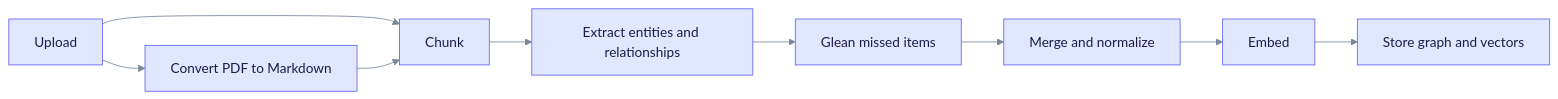
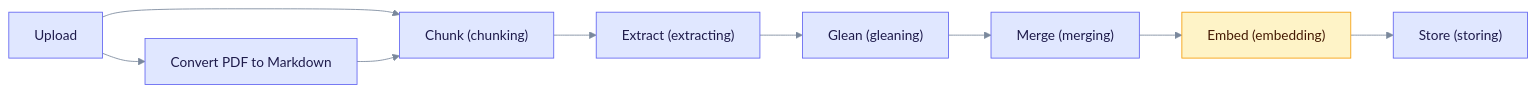
The first of 2 diagrams in docs/tutorials/document-ingestion.md (raphaelmansuy/edgequake), drawn with Mermaid before and after one commit. The commit also changed other lines of this file and 194 other files, not shown here.

First line of the commit message:
Refresh docs against code and rebuild schema E/R as progressive steps

````diff
--- a/docs/tutorials/document-ingestion.md
+++ b/docs/tutorials/document-ingestion.md
@@ -14,13 +16,16 @@
 ```mermaid
 %%{init: {"theme":"base","themeVariables":{"primaryColor":"#E0E7FF","primaryBorderColor":"#6366F1","primaryTextColor":"#1E1B4B","secondaryColor":"#D1FAE5","secondaryBorderColor":"#10B981","secondaryTextColor":"#064E3B","tertiaryColor":"#FEF3C7","tertiaryBorderColor":"#F59E0B","tertiaryTextColor":"#6B7A90","lineColor":"#7A889C","clusterBkg":"rgba(99,102,241,0.07)","clusterBorder":"#A5B4FC","noteBkgColor":"#FEF9C3","noteTextColor":"#422006","textColor":"#6B7A90","titleColor":"#6B7A90","signalColor":"#7A889C","signalTextColor":"#6B7A90","loopTextColor":"#6B7A90","edgeLabelBackground":"#F1F5F9","actorLineColor":"#94A3B8"}}}%%
 %% eq-theme:v1
 flowchart LR
   A["Upload"] --> B["Convert PDF to Markdown"]
-  A --> C["Chunk"]
+  A --> C["Chunk (chunking)"]
   B --> C
-  C --> D["Extract entities and relationships"]
-  D --> E["Glean missed items"]
-  E --> F["Merge and normalize"]
-  F --> G["Embed"]
-  G --> H["Store graph and vectors"]
+  C --> D["Extract (extracting)"]
+  D --> E["Glean (gleaning)"]
+  E --> F["Merge (merging)"]
+  F --> G["Embed (embedding)"]
+  G --> H["Store (storing)"]
+%% eq-classes
+classDef eqLlm fill:#FEF3C7,stroke:#F59E0B,color:#451A03
+class G eqLlm
 ```
````
